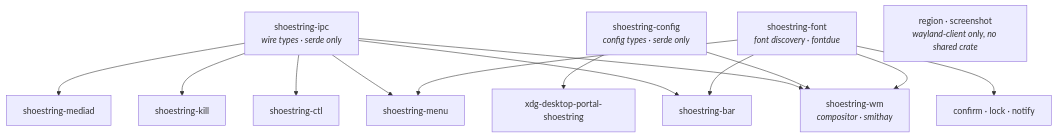
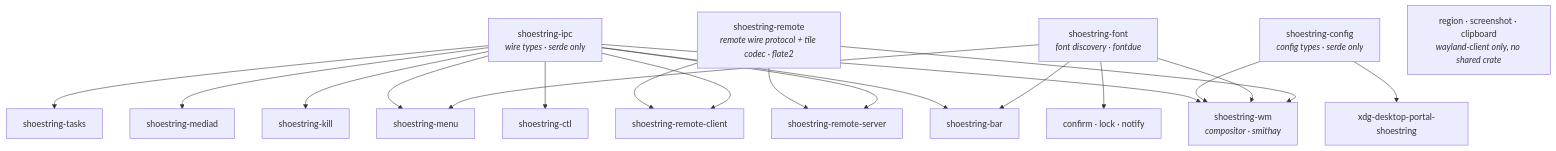
Before and after one commit to szarta/shoestring-wm: the second of 3 diagrams in docs/architecture.md, drawn with Mermaid. The commit also changed other lines of this file and 1 other file, not shown here.

First line of the commit message:
docs: show headless serve mode and remote tools in the architecture diagrams, state lightweight budgets

````diff
--- a/docs/architecture.md
+++ b/docs/architecture.md
@@ -119,22 +140,30 @@
 ```mermaid
 flowchart TD
     ipc["shoestring-ipc<br/><i>wire types · serde only</i>"]
     config["shoestring-config<br/><i>config types · serde only</i>"]
 
     ipc --> wm["shoestring-wm<br/><i>compositor · smithay</i>"]
     config --> wm
     ipc --> ctl["shoestring-ctl"]
     ipc --> bar["shoestring-bar"]
     ipc --> kill["shoestring-kill"]
     ipc --> menu["shoestring-menu"]
     ipc --> mediad["shoestring-mediad"]
+    ipc --> tasks["shoestring-tasks"]
     config --> portal["xdg-desktop-portal-shoestring"]
 
     font["shoestring-font<br/><i>font discovery · fontdue</i>"]
     font --> wm
     font --> bar
     font --> menu
     font --> textonly["confirm · lock · notify"]
 
-    standalone["region · screenshot<br/><i>wayland-client only, no shared crate</i>"]
+    remote["shoestring-remote<br/><i>remote wire protocol + tile codec · flate2</i>"]
+    remote --> wm
+    remote --> rserver["shoestring-remote-server"]
+    remote --> rclient["shoestring-remote-client"]
+    ipc --> rserver
+    ipc --> rclient
+
+    standalone["region · screenshot · clipboard<br/><i>wayland-client only, no shared crate</i>"]
 ```
````
